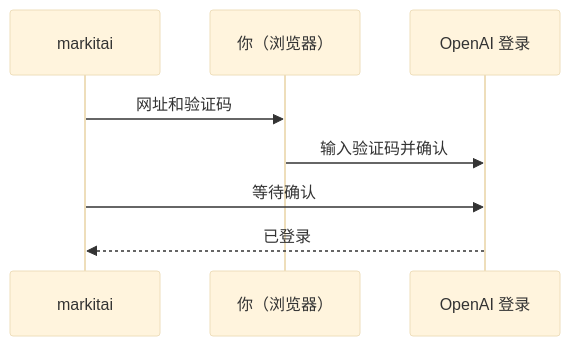
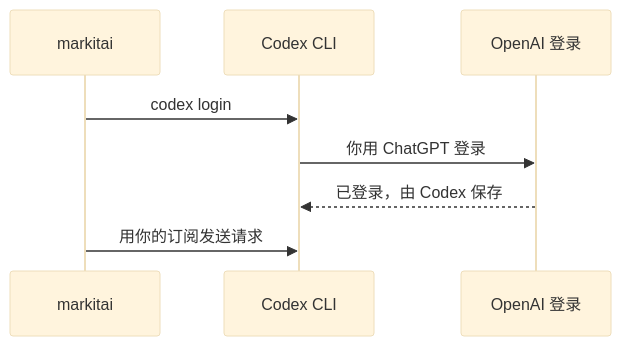
The diagram in website/zh/guide/subscription-chatgpt.md (Ynewtime/markitai), drawn with Mermaid (base theme) before and after one commit. The commit also changed other lines of this file and 38 other files, not shown here.

````diff
--- a/website/zh/guide/subscription-chatgpt.md
+++ b/website/zh/guide/subscription-chatgpt.md
@@ -11,10 +12,10 @@
 ```mermaid
 sequenceDiagram
   participant M as markitai
-  participant Y as 你（浏览器）
+  participant C as Codex CLI
   participant O as OpenAI 登录
-  M->>Y: 网址和验证码
-  Y->>O: 输入验证码并确认
-  M->>O: 等待确认
-  O-->>M: 已登录
+  M->>C: codex login
+  C->>O: 你用 ChatGPT 登录
+  O-->>C: 已登录，由 Codex 保存
+  M->>C: 用你的订阅发送请求
 ```
````
